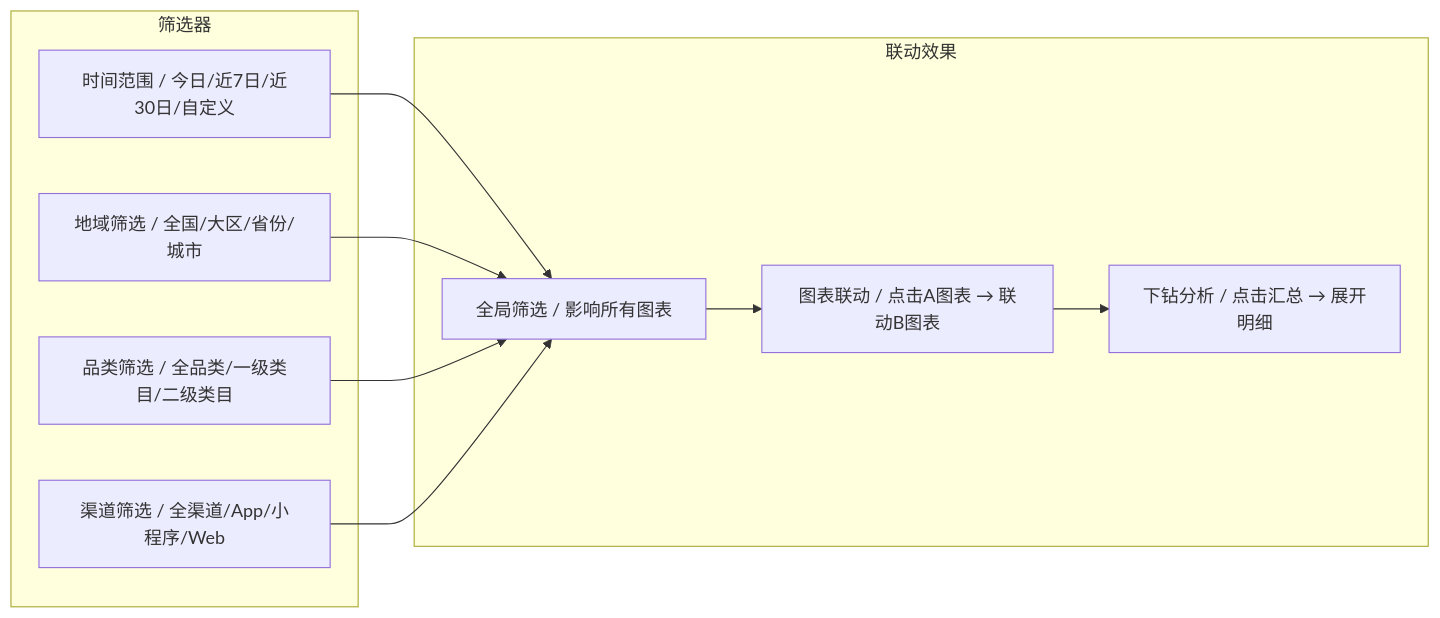
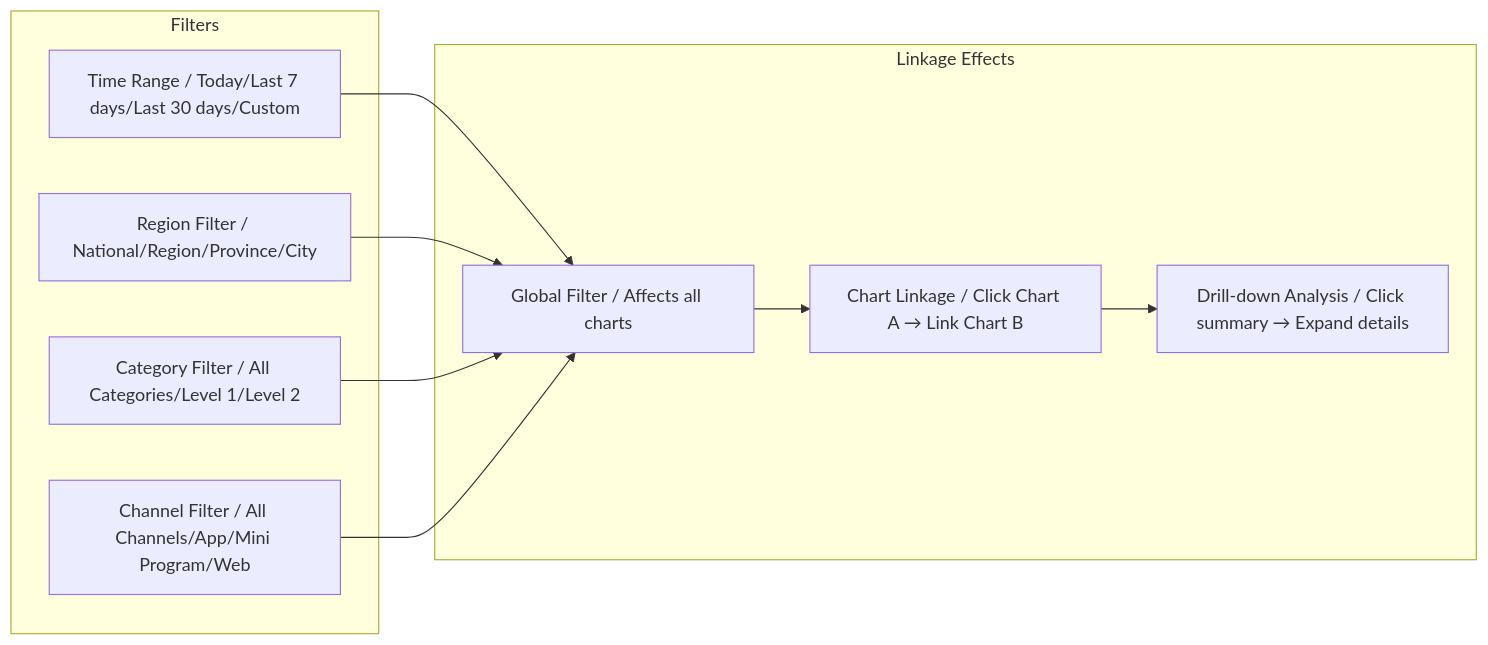
Before and after one commit to Kirky-X/cangjie: the seventh of 9 diagrams in templates/产品/运营层/【模板】数据看板.md, drawn with Mermaid. The commit also changed other lines of this file and 60 other files, not shown here.

````diff
--- a/templates/产品/运营层/【模板】数据看板.md
+++ b/templates/产品/运营层/【模板】数据看板.md
@@ -331,23 +319,21 @@
 ```mermaid
-
-
 flowchart LR
-    subgraph "筛选器"
-        F1["时间范围 / 今日/近7日/近30日/自定义"]
-        F2["地域筛选 / 全国/大区/省份/城市"]
-        F3["品类筛选 / 全品类/一级类目/二级类目"]
-        F4["渠道筛选 / 全渠道/App/小程序/Web"]
+    subgraph "Filters"
+        F1["Time Range / Today/Last 7 days/Last 30 days/Custom"]
+        F2["Region Filter / National/Region/Province/City"]
+        F3["Category Filter / All Categories/Level 1/Level 2"]
+        F4["Channel Filter / All Channels/App/Mini Program/Web"]
     end
 
-    subgraph "联动效果"
-        L1["全局筛选 / 影响所有图表"]
-        L2["图表联动 / 点击A图表 → 联动B图表"]
-        L3["下钻分析 / 点击汇总 → 展开明细"]
+    subgraph "Linkage Effects"
+        L1["Global Filter / Affects all charts"]
+        L2["Chart Linkage / Click Chart A → Link Chart B"]
+        L3["Drill-down Analysis / Click summary → Expand details"]
     end
 
     F1 --> L1
     F2 --> L1
     F3 --> L1
     F4 --> L1
     L1 --> L2 --> L3
 ```
````
